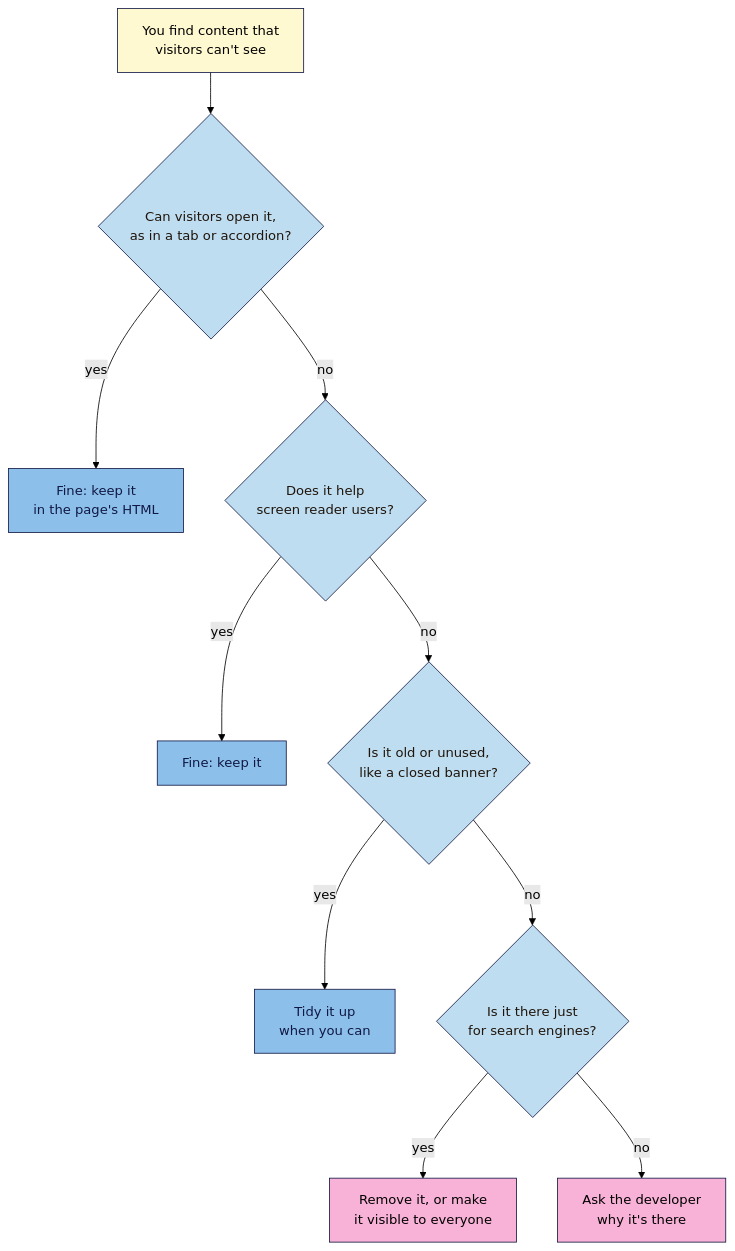
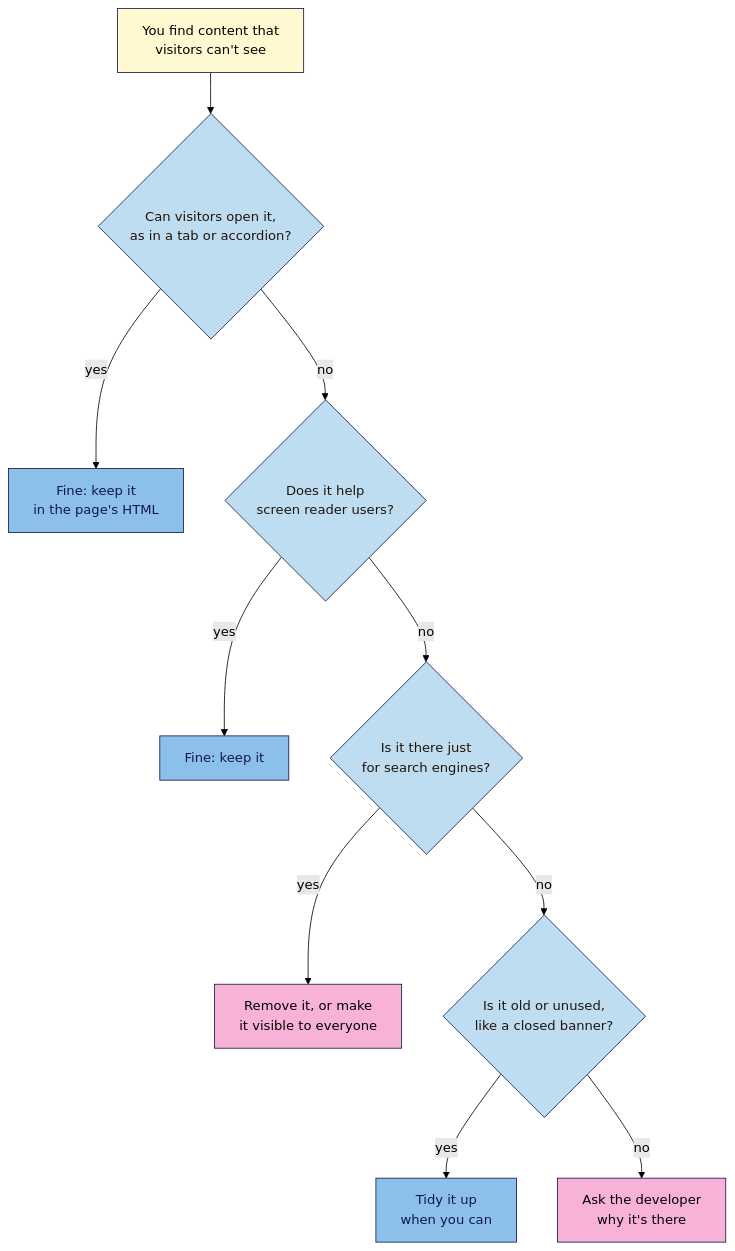
One commit to neps-in/courses-101 changed the diagram in seo-101/lessons/m02-l09-styling-text-layout.md. Above: the diagram before and after it, drawn with Mermaid (forest theme). The commit also changed other lines of this file and 2 other files, not shown here.

````diff
--- a/seo-101/lessons/m02-l09-styling-text-layout.md
+++ b/seo-101/lessons/m02-l09-styling-text-layout.md
@@ -106,18 +106,18 @@
 ```mermaid
 flowchart TD
   %% alt: Hidden content check: fine if visitors can reveal it or it helps screen reader users; if it exists only for search engines, remove it.
   A[You find content that<br/>visitors can't see]:::cream --> B{Can visitors open it,<br/>as in a tab or accordion?}:::sky
   B -- yes --> C[Fine: keep it<br/>in the page's HTML]:::blue
   B -- no --> D{Does it help<br/>screen reader users?}:::sky
   D -- yes --> E[Fine: keep it]:::blue
-  D -- no --> F{Is it old or unused,<br/>like a closed banner?}:::sky
+  D -- no --> H{Is it there just<br/>for search engines?}:::sky
+  H -- yes --> I[Remove it, or make<br/>it visible to everyone]:::pink
+  H -- no --> F{Is it old or unused,<br/>like a closed banner?}:::sky
   F -- yes --> G[Tidy it up<br/>when you can]:::blue
-  F -- no --> H{Is it there just<br/>for search engines?}:::sky
-  H -- yes --> I[Remove it, or make<br/>it visible to everyone]:::pink
-  H -- no --> J[Ask the developer<br/>why it's there]:::pink
+  F -- no --> J[Ask the developer<br/>why it's there]:::pink
 
   classDef cream fill:#FFF9D2,color:#000000,stroke:#111844
   classDef sky   fill:#BFDDF0,color:#1F150C,stroke:#111844
   classDef blue  fill:#8CC0EB,color:#111844,stroke:#111844
   classDef pink  fill:#F9B2D7,color:#000000,stroke:#111844
 ```
````
